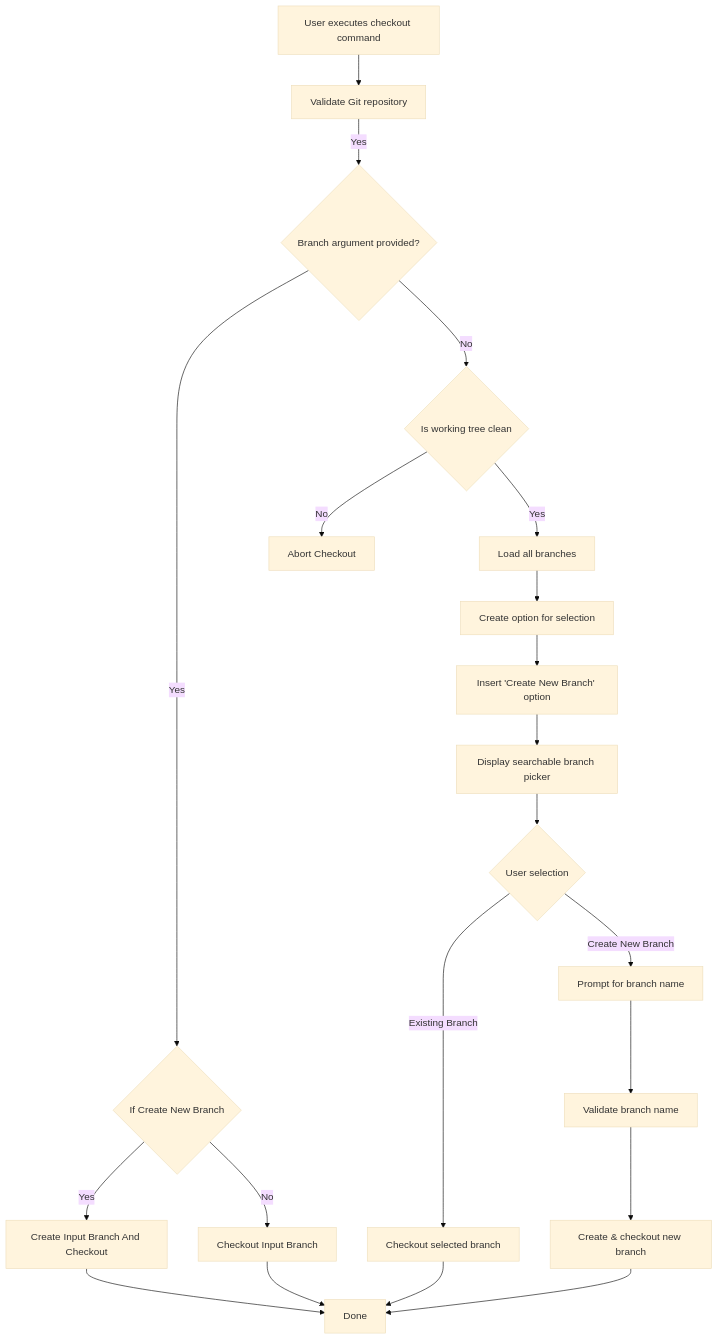
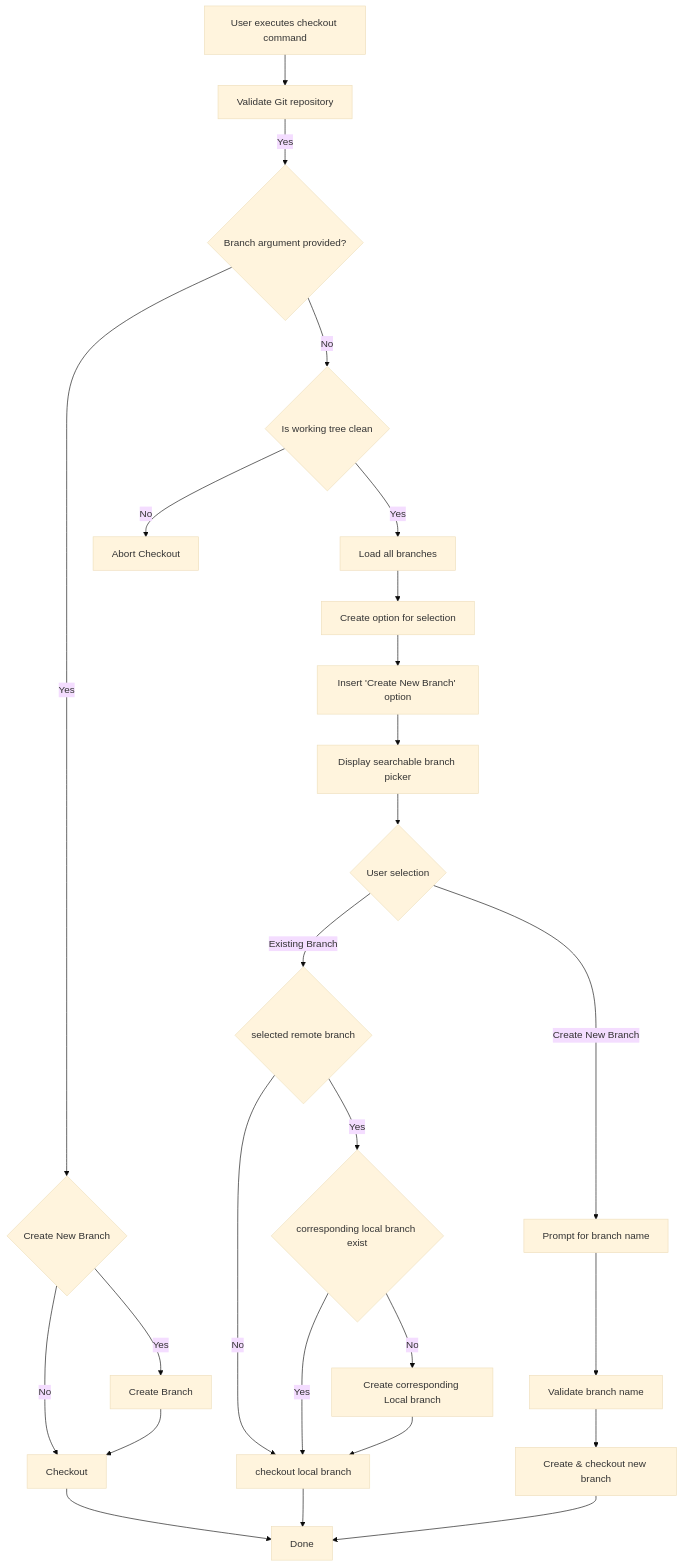
Before and after one commit to Kapil9711/dev-helper: the first of 4 diagrams in docs/engineering/implementation/checkout.md, drawn with Mermaid (base theme). The commit also changed other lines of this file and 1 other file, not shown here.

````diff
--- a/docs/engineering/implementation/checkout.md
+++ b/docs/engineering/implementation/checkout.md
@@ -37,50 +37,55 @@
 ```mermaid
 flowchart TD
 
 A[User executes checkout command] --> B[Validate Git repository]
 
 
 B -->|Yes| G{Branch argument provided?}
 
-G -->|Yes| H{If Create New Branch}
+G -->|Yes| H{Create New Branch}
 
-H -->|Yes| Crc[Create Input Branch And Checkout]
+H -->|Yes| Crc[Create Branch]
 
-H -->|No| Co[Checkout Input Branch]
+H -->|No| Co[Checkout]
+
+Crc --> Co
 
 
 
 G -->|No| C{Is working tree clean}
 
 C -->|Yes| I[Load all branches]
 
 C-->|No| D[Abort Checkout]
 
 I --> J[Create option for selection]
 
 J --> L[Insert 'Create New Branch' option]
 
 L --> M[Display searchable branch picker]
 
 M --> N{User selection}
 
-N -->|Existing Branch| O[Checkout selected branch]
+N --> |Existing Branch| O{selected remote branch}
+
+O--> |Yes| Chl{corresponding local branch exist}
+O--> |No| Lco[checkout local branch]
+
+Chl--> |Yes| Lco
+
+Chl -->|No| Cl[Create corresponding Local branch]
+
+Cl--> Lco
 
 N -->|Create New Branch| P[Prompt for branch name]
 
 P --> Q[Validate branch name]
 
 Q --> R[Create & checkout new branch]
 
+Co --> S[Done]
 
-Crc --> S[Done]
-
-
-
-Co --> S
-
-
-O --> S
+Lco --> S
 
 R --> S
 ```
````
